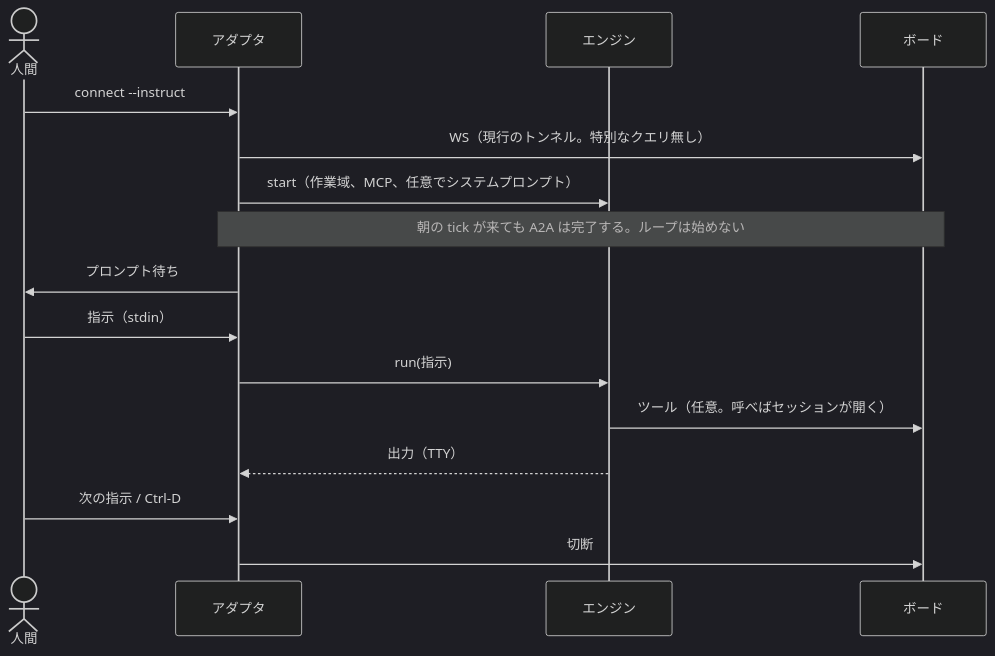
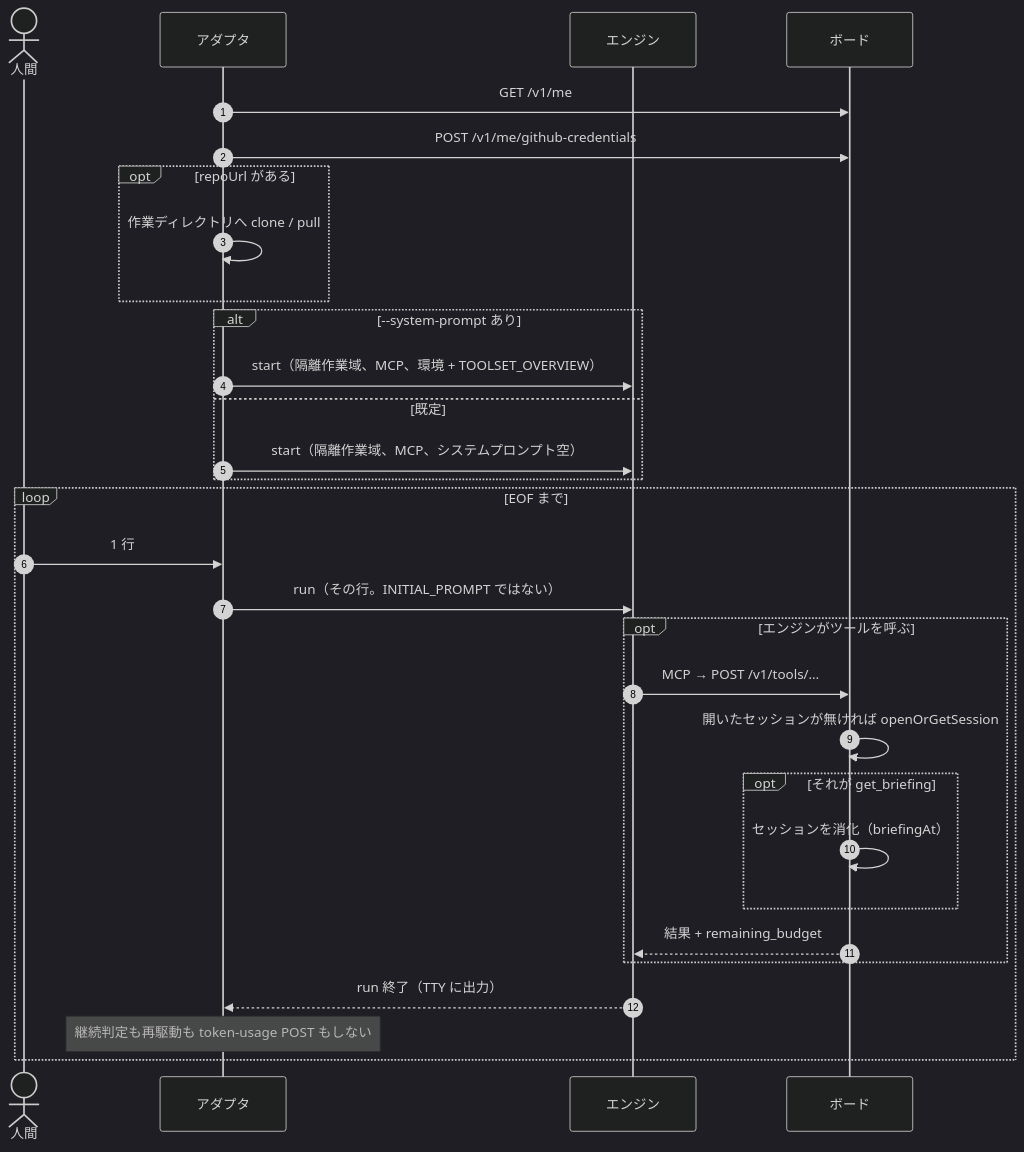
Before and after one commit to hskksk/comitia: the second of 4 diagrams in docs/design/19-instruct-connect.md, drawn with Mermaid (dark theme). The commit also changed other lines of this file and 1 other file, not shown here.

````diff
--- a/docs/design/19-instruct-connect.md
+++ b/docs/design/19-instruct-connect.md
@@ -155,19 +196,34 @@
 ```mermaid
 sequenceDiagram
+  autonumber
   actor 人間
   participant アダプタ
   participant エンジン
   participant ボード
 
-  人間->>アダプタ: connect --instruct
-  アダプタ->>ボード: WS（現行のトンネル。特別なクエリ無し）
-  アダプタ->>エンジン: start（作業域、MCP、任意でシステムプロンプト）
-  Note over ボード,アダプタ: 朝の tick が来ても A2A は完了する。ループは始めない
-  アダプタ->>人間: プロンプト待ち
-  人間->>アダプタ: 指示（stdin）
-  アダプタ->>エンジン: run(指示)
-  エンジン->>ボード: ツール（任意。呼べばセッションが開く）
-  エンジン-->>アダプタ: 出力（TTY）
-  人間->>アダプタ: 次の指示 / Ctrl-D
-  アダプタ->>ボード: 切断
+  アダプタ->>ボード: GET /v1/me
+  アダプタ->>ボード: POST /v1/me/github-credentials
+  opt repoUrl がある
+    アダプタ->>アダプタ: 作業ディレクトリへ clone / pull
+  end
+  alt --system-prompt あり
+    アダプタ->>エンジン: start（隔離作業域、MCP、環境 + TOOLSET_OVERVIEW）
+  else 既定
+    アダプタ->>エンジン: start（隔離作業域、MCP、システムプロンプト空）
+  end
+
+  loop EOF まで
+    人間->>アダプタ: 1 行
+    アダプタ->>エンジン: run（その行。INITIAL_PROMPT ではない）
+    opt エンジンがツールを呼ぶ
+      エンジン->>ボード: MCP → POST /v1/tools/…
+      ボード->>ボード: 開いたセッションが無ければ openOrGetSession
+      opt それが get_briefing
+        ボード->>ボード: セッションを消化（briefingAt）
+      end
+      ボード-->>エンジン: 結果 + remaining_budget
+    end
+    エンジン-->>アダプタ: run 終了（TTY に出力）
+    Note over アダプタ: 継続判定も再駆動も token-usage POST もしない
+  end
 ```
````
